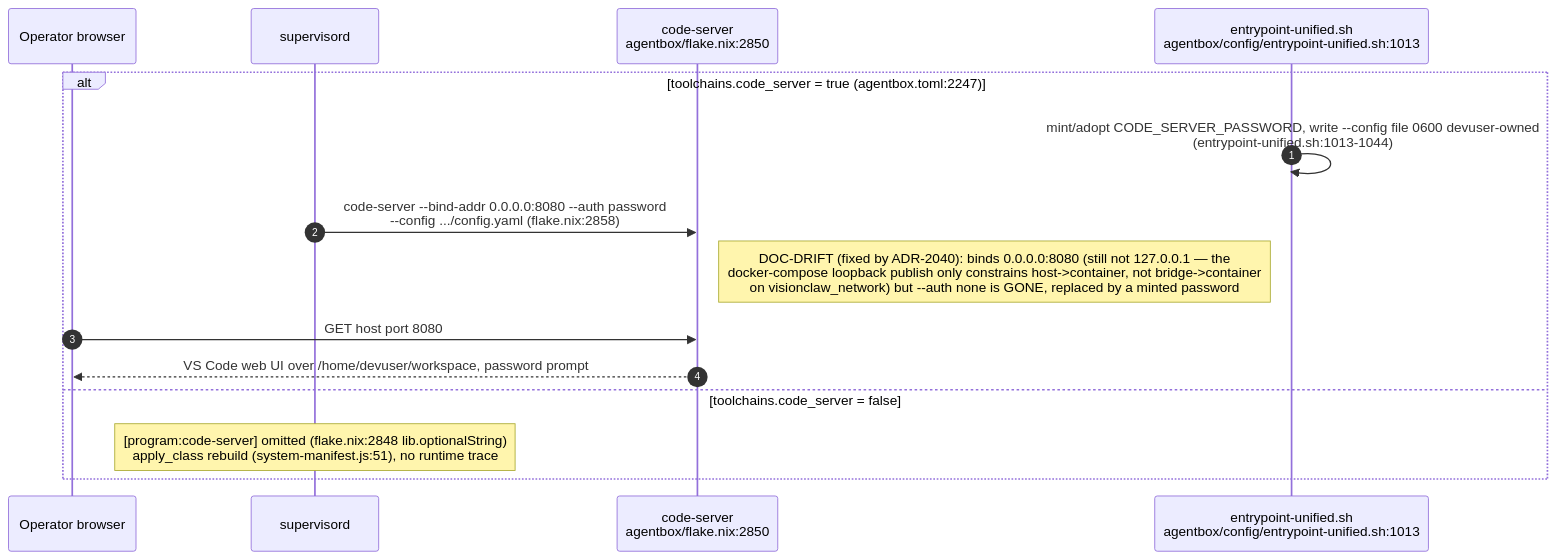
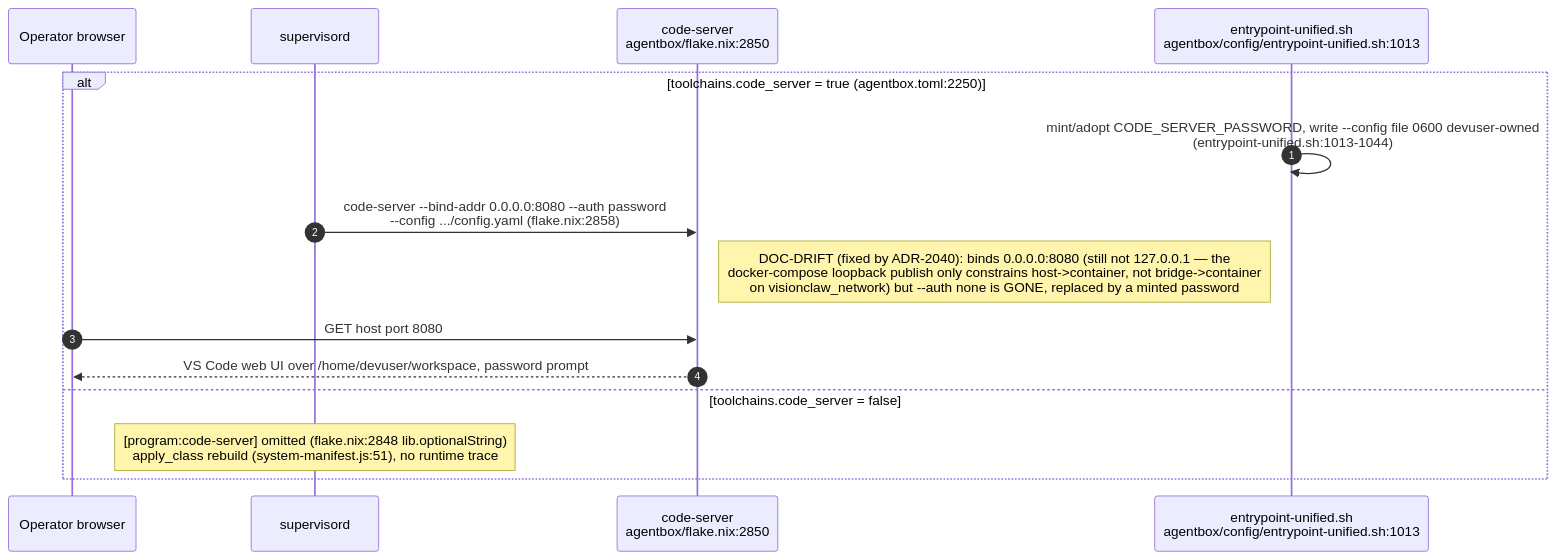
One commit to DreamLab-AI/VisionFlow changed the sixth of 14 diagrams in docs/diagrams/agentbox/27-media-gpu-capability-services.md. Above: the diagram before and after it, drawn with Mermaid. The commit also changed other lines of this file and 142 other files, not shown here.

First line of the commit message:
docs(diagrams): one System One route; re-verify 140 topics at today's heads

````diff
--- a/docs/diagrams/agentbox/27-media-gpu-capability-services.md
+++ b/docs/diagrams/agentbox/27-media-gpu-capability-services.md
@@ -211,18 +211,18 @@
 ```mermaid
 sequenceDiagram
     autonumber
     participant Op as Operator browser
     participant Sup as supervisord
     participant CS as code-server<br/>agentbox/flake.nix:2850
     participant Entry as entrypoint-unified.sh<br/>agentbox/config/entrypoint-unified.sh:1013
 
-    alt toolchains.code_server = true (agentbox.toml:2247)
+    alt toolchains.code_server = true (agentbox.toml:2250)
         Entry->>Entry: mint/adopt CODE_SERVER_PASSWORD, write --config file 0600 devuser-owned<br/>(entrypoint-unified.sh:1013-1044)
         Sup->>CS: code-server --bind-addr 0.0.0.0:8080 --auth password<br/>--config .../config.yaml (flake.nix:2858)
         Note right of CS: DOC-DRIFT (fixed by ADR-2040): binds 0.0.0.0:8080 (still not 127.0.0.1 — the<br/>docker-compose loopback publish only constrains host->container, not bridge->container<br/>on visionclaw_network) but --auth none is GONE, replaced by a minted password
         Op->>CS: GET host port 8080
         CS-->>Op: VS Code web UI over /home/devuser/workspace, password prompt
     else toolchains.code_server = false
         Note over Sup: [program:code-server] omitted (flake.nix:2848 lib.optionalString)<br/>apply_class rebuild (system-manifest.js:51), no runtime trace
     end
 ```
````
